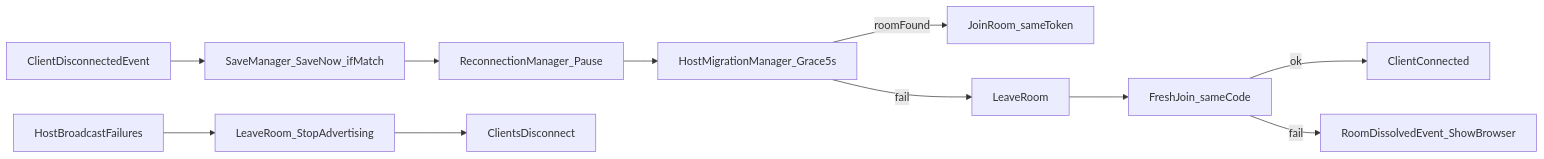
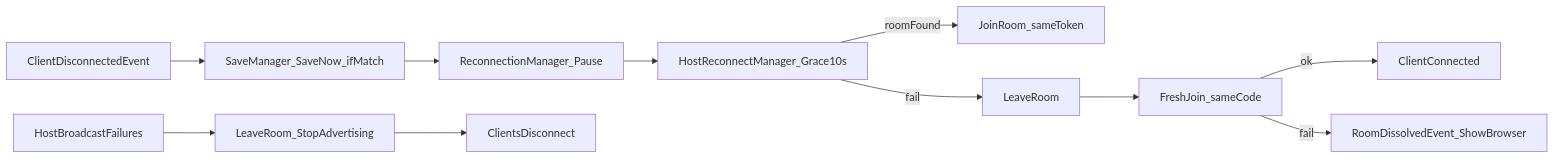
The fourth of 4 diagrams in docs/architecture-data-flow-th.md (MDRWP-GH/A-Math-Game), drawn with Mermaid before and after one commit. The commit also changed other lines of this file and 197 other files, not shown here.

````diff
--- a/docs/architecture-data-flow-th.md
+++ b/docs/architecture-data-flow-th.md
@@ -231,14 +231,14 @@
 ```mermaid
 flowchart LR
     disconnect[ClientDisconnectedEvent] --> backup[SaveManager_SaveNow_ifMatch]
     backup --> pause[ReconnectionManager_Pause]
-    pause --> reconnect[HostMigrationManager_Grace5s]
+    pause --> reconnect[HostReconnectManager_Grace10s]
     reconnect -->|roomFound| seatJoin[JoinRoom_sameToken]
     reconnect -->|fail| leave[LeaveRoom]
     leave --> fresh[FreshJoin_sameCode]
     fresh -->|ok| recovered[ClientConnected]
     fresh -->|fail| dissolved[RoomDissolvedEvent_ShowBrowser]
 
     hostNet[HostBroadcastFailures] --> dissolveHost[LeaveRoom_StopAdvertising]
     dissolveHost --> clientsDrop[ClientsDisconnect]
 ```
````
